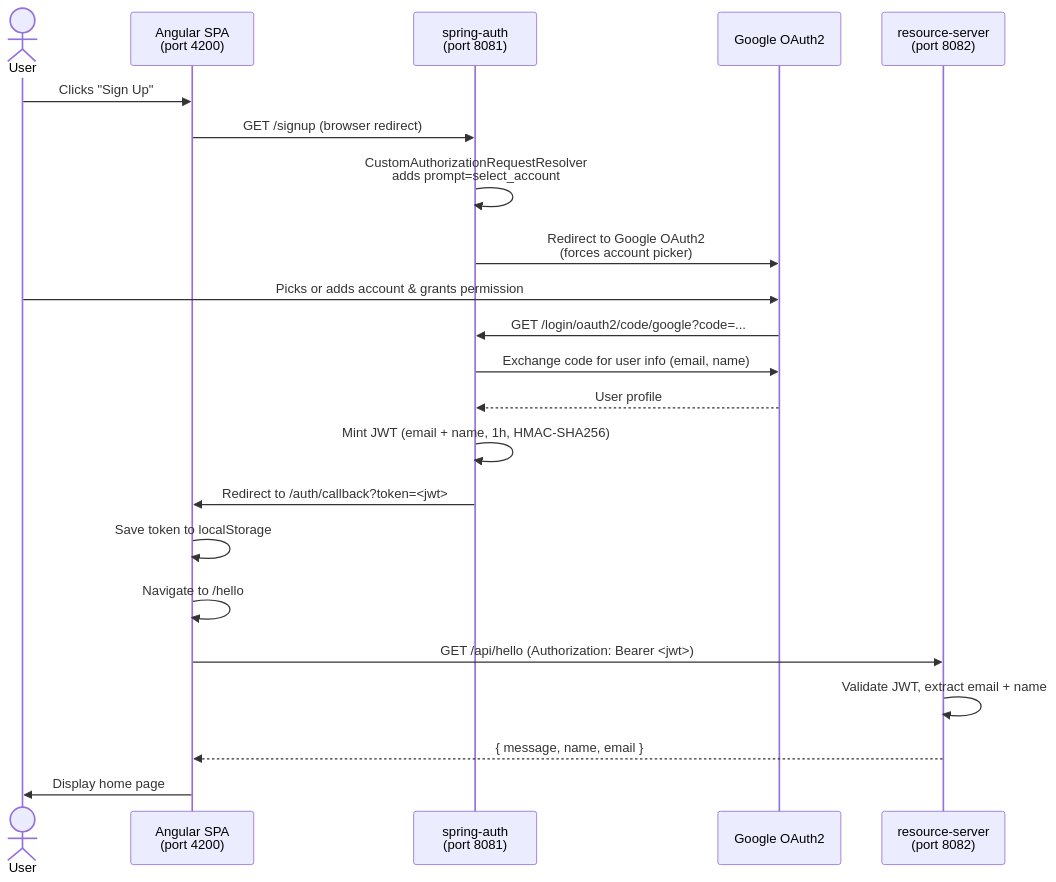
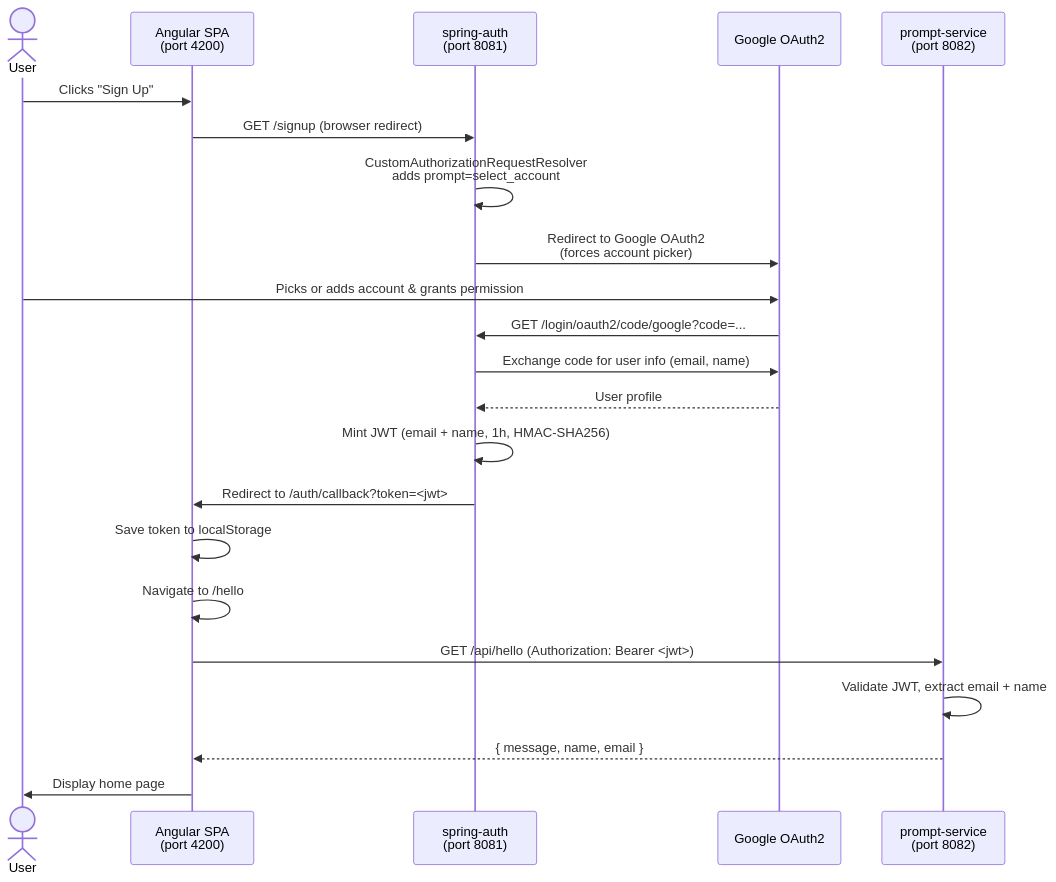
Before and after one commit to tanveer3567/oauth-jwt-demo: the second of 2 diagrams in README.md, drawn with Mermaid. The commit also changed other lines of this file and 16 other files, not shown here.

````diff
--- a/README.md
+++ b/README.md
@@ -52,25 +52,25 @@
 ```mermaid
 sequenceDiagram
     actor User
     participant Angular as Angular SPA<br/>(port 4200)
     participant Auth as spring-auth<br/>(port 8081)
     participant Google as Google OAuth2
-    participant API as resource-server<br/>(port 8082)
+    participant API as prompt-service<br/>(port 8082)
 
     User->>Angular: Clicks "Sign Up"
     Angular->>Auth: GET /signup (browser redirect)
     Auth->>Auth: CustomAuthorizationRequestResolver<br/>adds prompt=select_account
     Auth->>Google: Redirect to Google OAuth2<br/>(forces account picker)
     User->>Google: Picks or adds account & grants permission
     Google->>Auth: GET /login/oauth2/code/google?code=...
     Auth->>Google: Exchange code for user info (email, name)
     Google-->>Auth: User profile
     Auth->>Auth: Mint JWT (email + name, 1h, HMAC-SHA256)
     Auth->>Angular: Redirect to /auth/callback?token=<jwt>
     Angular->>Angular: Save token to localStorage
     Angular->>Angular: Navigate to /hello
     Angular->>API: GET /api/hello (Authorization: Bearer <jwt>)
     API->>API: Validate JWT, extract email + name
     API-->>Angular: { message, name, email }
     Angular->>User: Display home page
 ```
````
